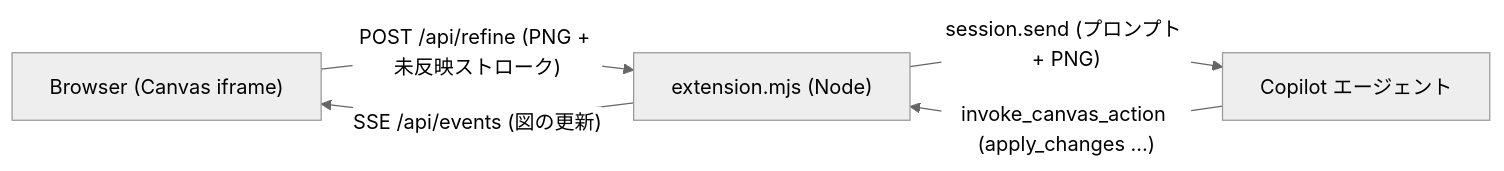
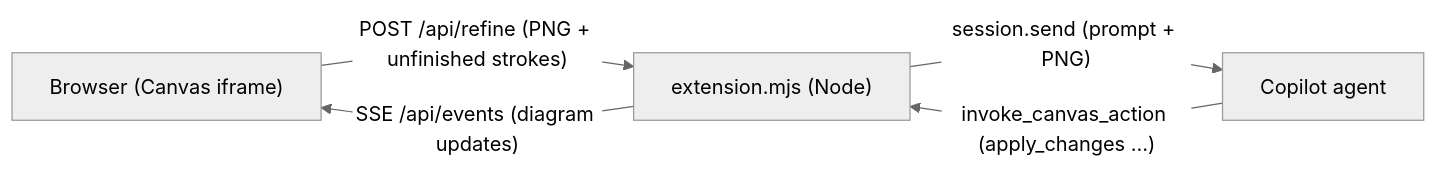
Before and after one commit to yuriwoof/shape: the diagram in README.md, drawn with Mermaid (neutral theme). The commit also changed other lines of this file and 4 other files, not shown here.

````diff
--- a/README.md
+++ b/README.md
@@ -60,7 +77,7 @@
 ```mermaid
 flowchart LR
-    B["Browser (Canvas iframe)"] -- "POST /api/refine (PNG + 未反映ストローク)" --> E["extension.mjs (Node)"]
-    E -- "SSE /api/events (図の更新)" --> B
-    E -- "session.send (プロンプト + PNG)" --> A["Copilot エージェント"]
+    B["Browser (Canvas iframe)"] -- "POST /api/refine (PNG + unfinished strokes)" --> E["extension.mjs (Node)"]
+    E -- "SSE /api/events (diagram updates)" --> B
+    E -- "session.send (prompt + PNG)" --> A["Copilot agent"]
     A -- "invoke_canvas_action (apply_changes …)" --> E
 ```
````
